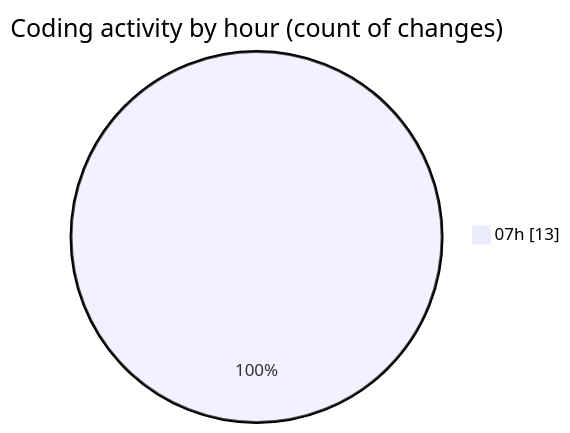
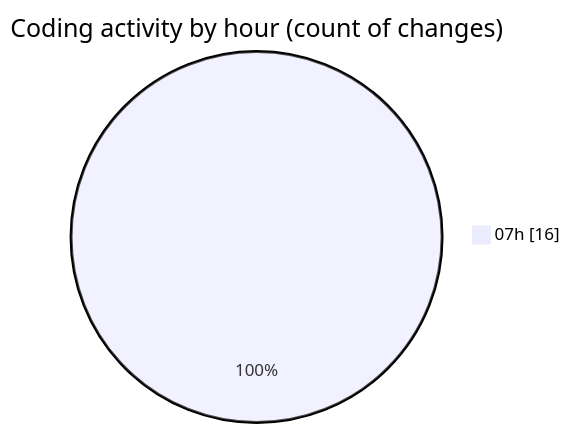
Before and after one commit to robertbonfada/code-tracking: the second of 2 diagrams in 2025-03-07/mbc-web/README.md, drawn with Mermaid. The commit also changed other lines of this file and 1 other file, not shown here.

````diff
--- a/2025-03-07/mbc-web/README.md
+++ b/2025-03-07/mbc-web/README.md
@@ -34,5 +34,5 @@
 ```mermaid
 pie showData
 title Coding activity by hour (count of changes)
-"07h" : 13
+"07h" : 16
 ```
````
